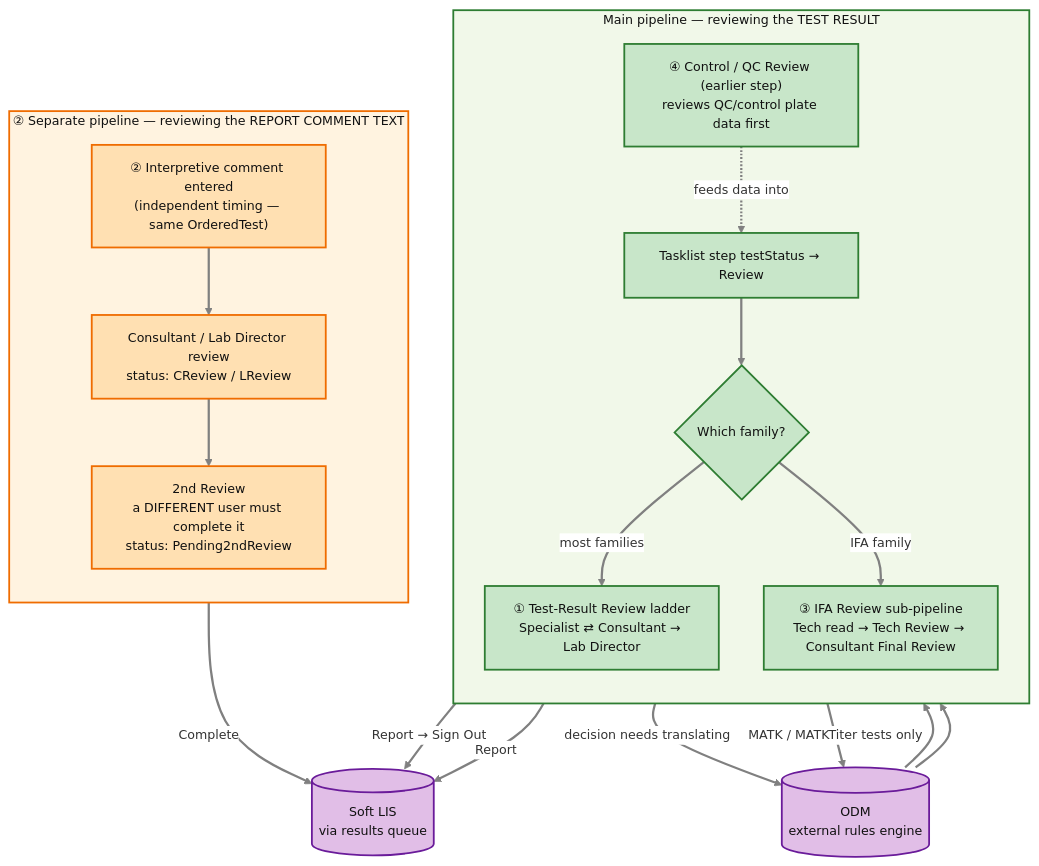
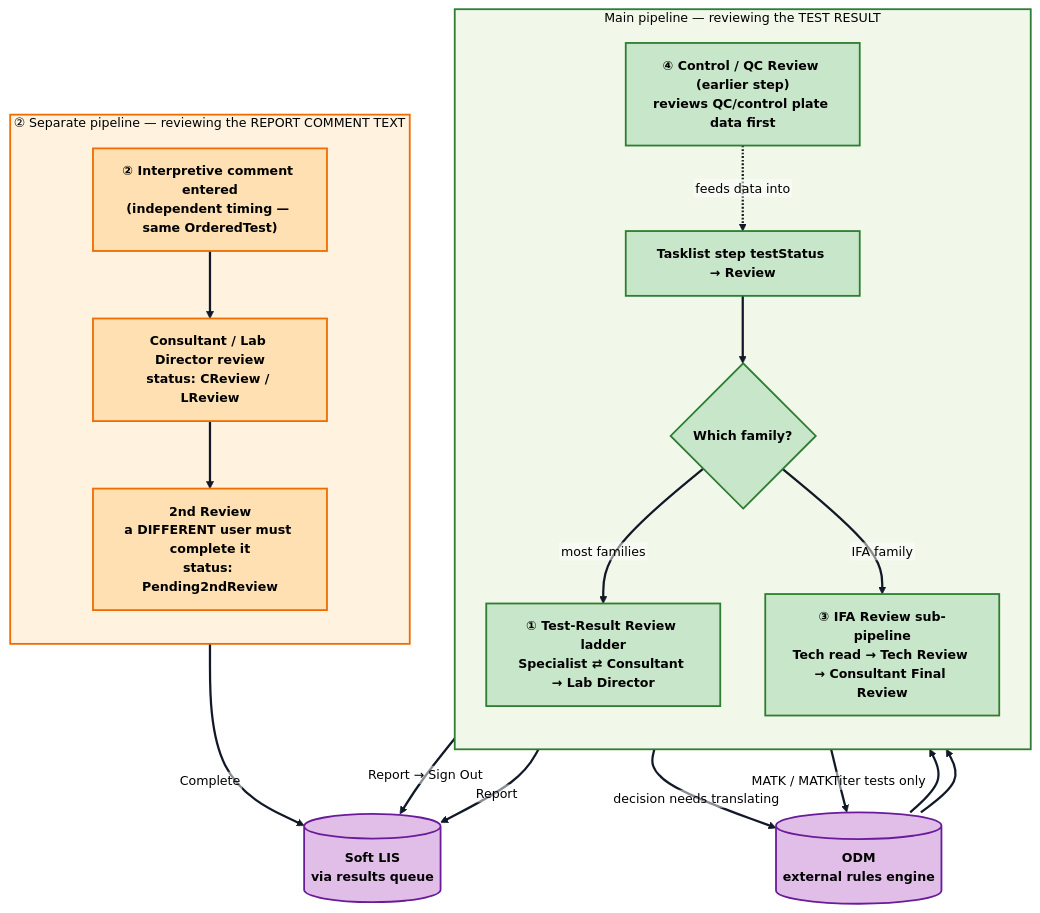
The first of 6 diagrams in src/assets/pages/app-resources/nerds/appDetails/00step/review-stage/review-stage.md (fengyanglin09/my-work-dashboard-app), drawn with Mermaid before and after one commit. The commit also changed other lines of this file and 35 other files, not shown here.

Commit message:
Add new mermaid diagrams for workflow and testing processes

````diff
--- a/src/assets/pages/app-resources/nerds/appDetails/00step/review-stage/review-stage.md
+++ b/src/assets/pages/app-resources/nerds/appDetails/00step/review-stage/review-stage.md
@@ -32,39 +32,39 @@
 ```mermaid
-%%{init: {"theme":"base", "themeVariables":{"background":"#ffffff","lineColor":"#808080","edgeLabelBackground":"#ffffff","fontSize":"14px"}, "flowchart":{"curve":"basis"}}}%%
+%%{init: {"theme":"base", "themeVariables":{"background":"#ffffff","mainBkg":"#ffffff","primaryColor":"#f8fafc","primaryTextColor":"#000000","primaryBorderColor":"#111827","secondaryColor":"#f8fafc","secondaryTextColor":"#000000","secondaryBorderColor":"#111827","tertiaryColor":"#f8fafc","tertiaryTextColor":"#000000","tertiaryBorderColor":"#111827","lineColor":"#111827","defaultLinkColor":"#111827","nodeTextColor":"#000000","textColor":"#000000","titleColor":"#000000","edgeLabelBackground":"#ffffff","clusterBkg":"#f8fafc","clusterBorder":"#111827","fontSize":"14px"}, "themeCSS":".nodeLabel,.nodeLabel *,.edgeLabel,.edgeLabel *,.cluster-label,.cluster-label *,.label,.label *,foreignObject,foreignObject *,text,tspan{color:#000000 !important;fill:#000000 !important;font-weight:700 !important;}.edgeLabel rect,.labelBkg{fill:#ffffff !important;opacity:0.96 !important;}", "flowchart":{"curve":"basis","htmlLabels":false}}}%%
 flowchart TD
     subgraph MAIN["Main pipeline — reviewing the TEST RESULT"]
         direction TB
         QC["④ Control / QC Review (earlier step)<br/>reviews QC/control plate data first"] -.->|feeds data into| TEST
         TEST["Tasklist step testStatus → Review"] --> HUB{"Which family?"}
         HUB -->|most families| TRR["① Test-Result Review ladder<br/>Specialist ⇄ Consultant → Lab Director"]
         HUB -->|IFA family| IFAP["③ IFA Review sub-pipeline<br/>Tech read → Tech Review → Consultant Final Review"]
     end
 
     subgraph SIDE["② Separate pipeline — reviewing the REPORT COMMENT TEXT"]
         direction TB
         IC["② Interpretive comment entered<br/>(independent timing — same OrderedTest)"] --> ICR["Consultant / Lab Director review<br/>status: CReview / LReview"]
         ICR --> IC2["2nd Review<br/>a DIFFERENT user must complete it<br/>status: Pending2ndReview"]
     end
 
     TRR -->|"decision needs translating"| ODM[("ODM<br/>external rules engine")]
     IFAP -->|"MATK / MATKTiter tests only"| ODM
     ODM --> TRR
     ODM --> IFAP
 
     TRR -->|"Report → Sign Out"| SOFT[("Soft LIS<br/>via results queue")]
     IFAP -->|Report| SOFT
     IC2 -->|Complete| SOFT
 
-    classDef main   fill:#c8e6c9,stroke:#2e7d32,stroke-width:2px,color:#111111;
-    classDef side   fill:#ffe0b2,stroke:#ef6c00,stroke-width:2px,color:#111111;
-    classDef ext    fill:#e1bee7,stroke:#6a1b9a,stroke-width:2px,color:#111111;
+    classDef main   fill:#c8e6c9,stroke:#2e7d32,stroke-width:2px,color:#000000,font-weight:700;
+    classDef side   fill:#ffe0b2,stroke:#ef6c00,stroke-width:2px,color:#000000,font-weight:700;
+    classDef ext    fill:#e1bee7,stroke:#6a1b9a,stroke-width:2px,color:#000000,font-weight:700;
 
     class QC,TEST,HUB,TRR,IFAP main;
     class IC,ICR,IC2 side;
     class ODM,SOFT ext;
 
-    style MAIN fill:#f1f8e9,stroke:#2e7d32,stroke-width:2px,color:#111111
-    style SIDE fill:#fff3e0,stroke:#ef6c00,stroke-width:2px,color:#111111
+    style MAIN fill:#f1f8e9,stroke:#2e7d32,stroke-width:2px,color:#000000,font-weight:700
+    style SIDE fill:#fff3e0,stroke:#ef6c00,stroke-width:2px,color:#000000,font-weight:700
 
-    linkStyle default stroke:#808080,stroke-width:2.5px
+    linkStyle default stroke:#111827,stroke-width:2.5px
 ```
````
